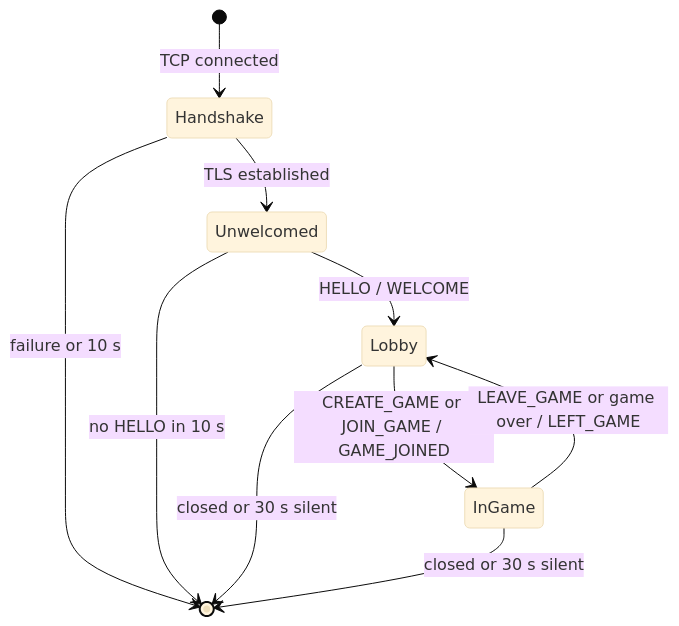
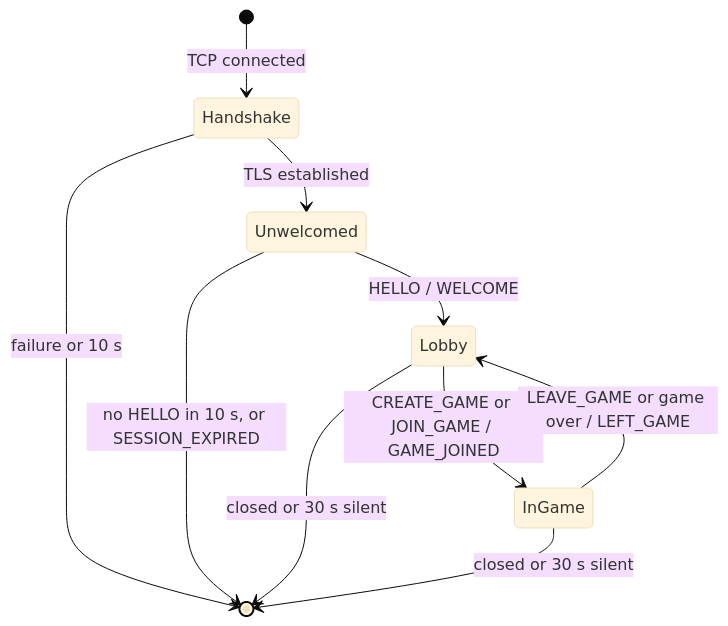
Before and after one commit to Akinator31/Rtype: the first of 6 diagrams in docs/protocol/lobby.md, drawn with Mermaid (base theme). The commit also changed other lines of this file and 5 other files, not shown here.

Commit message:
docs: lobby protocol 3, with a sequence diagram for each flow of the accounts

````diff
--- a/docs/protocol/lobby.md
+++ b/docs/protocol/lobby.md
@@ -23,12 +28,12 @@
 ```mermaid
 stateDiagram-v2
     [*] --> Handshake: TCP connected
     Handshake --> Unwelcomed: TLS established
     Unwelcomed --> Lobby: HELLO / WELCOME
     Lobby --> InGame: CREATE_GAME or JOIN_GAME / GAME_JOINED
     InGame --> Lobby: LEAVE_GAME or game over / LEFT_GAME
     Handshake --> [*]: failure or 10 s
-    Unwelcomed --> [*]: no HELLO in 10 s
+    Unwelcomed --> [*]: no HELLO in 10 s, or SESSION_EXPIRED
     Lobby --> [*]: closed or 30 s silent
     InGame --> [*]: closed or 30 s silent
 ```
````
